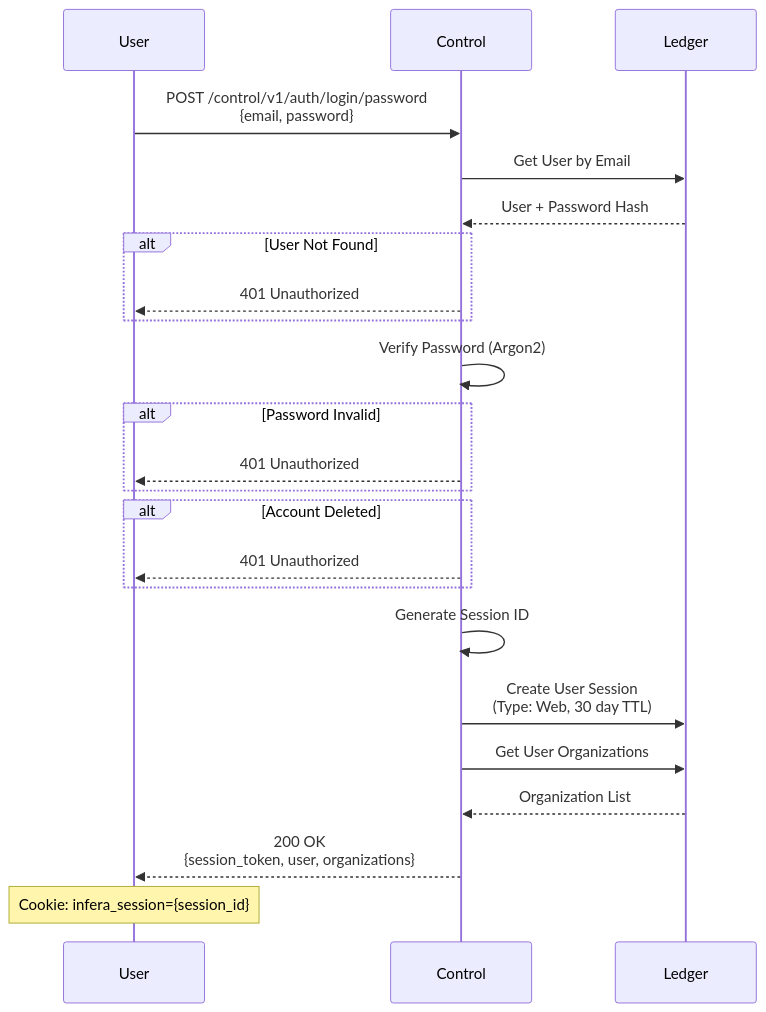
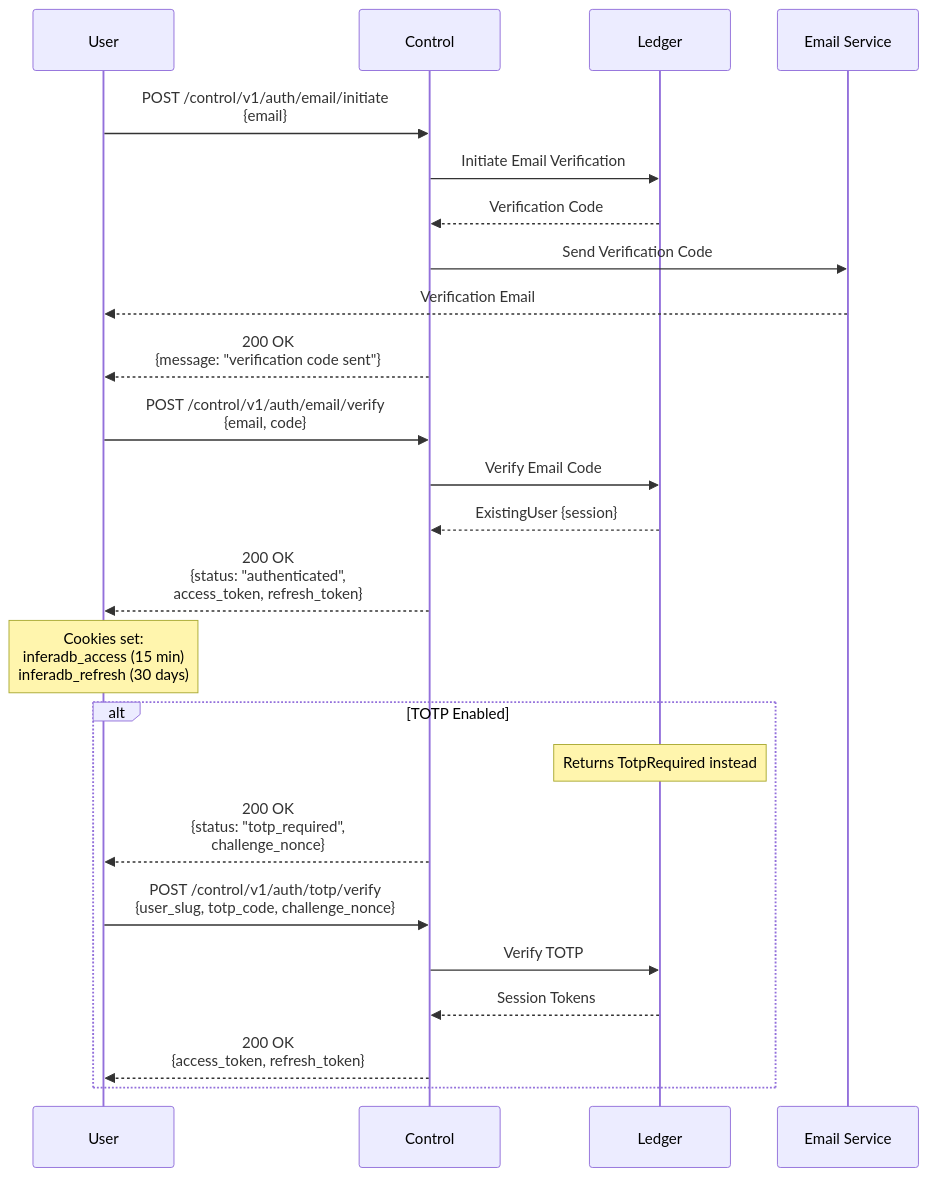
Before and after one commit to inferadb/control: the second of 10 diagrams in docs/flows.md, drawn with Mermaid. The commit also changed other lines of this file and 46 other files, not shown here.

````diff
--- a/docs/flows.md
+++ b/docs/flows.md
@@ -54,35 +55,37 @@
 ```mermaid
 sequenceDiagram
     participant User
     participant API as Control
     participant DB as Ledger
+    participant Email as Email Service
 
-    User->>API: POST /control/v1/auth/login/password<br/>{email, password}
+    User->>API: POST /control/v1/auth/email/initiate<br/>{email}
 
-    API->>DB: Get User by Email
-    DB-->>API: User + Password Hash
+    API->>DB: Initiate Email Verification
+    DB-->>API: Verification Code
 
-    alt User Not Found
-        API-->>User: 401 Unauthorized
+    API->>Email: Send Verification Code
+    Email-->>User: Verification Email
+
+    API-->>User: 200 OK<br/>{message: "verification code sent"}
+
+    User->>API: POST /control/v1/auth/email/verify<br/>{email, code}
+
+    API->>DB: Verify Email Code
+    DB-->>API: ExistingUser {session}
+
+    API-->>User: 200 OK<br/>{status: "authenticated",<br/>access_token, refresh_token}
+
+    Note over User: Cookies set:<br/>inferadb_access (15 min)<br/>inferadb_refresh (30 days)
+
+    alt TOTP Enabled
+        Note over DB: Returns TotpRequired instead
+        API-->>User: 200 OK<br/>{status: "totp_required",<br/>challenge_nonce}
+
+        User->>API: POST /control/v1/auth/totp/verify<br/>{user_slug, totp_code, challenge_nonce}
+        API->>DB: Verify TOTP
+        DB-->>API: Session Tokens
+
+        API-->>User: 200 OK<br/>{access_token, refresh_token}
     end
-
-    API->>API: Verify Password (Argon2)
-
-    alt Password Invalid
-        API-->>User: 401 Unauthorized
-    end
-
-    alt Account Deleted
-        API-->>User: 401 Unauthorized
-    end
-
-    API->>API: Generate Session ID
-    API->>DB: Create User Session<br/>(Type: Web, 30 day TTL)
-
-    API->>DB: Get User Organizations
-    DB-->>API: Organization List
-
-    API-->>User: 200 OK<br/>{session_token, user, organizations}
-
-    Note over User: Cookie: infera_session={session_id}
 ```
````
